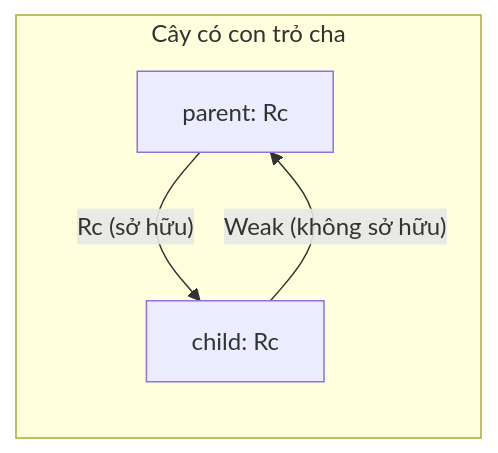
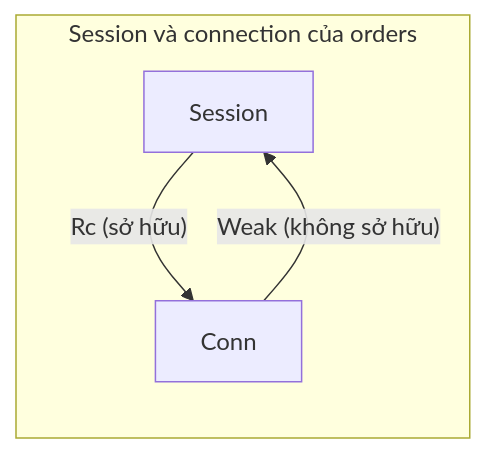
The second of 2 diagrams in docs/03-memory/08-rust-va-bo-nho.md (pirumu/irust), drawn with Mermaid before and after one commit. The commit also changed other lines of this file and 35 other files, not shown here.

````diff
--- a/docs/03-memory/08-rust-va-bo-nho.md
+++ b/docs/03-memory/08-rust-va-bo-nho.md
@@ -234,7 +242,7 @@
 ```mermaid
 flowchart LR
-  subgraph tree["Cây có con trỏ cha"]
-    P["parent: Rc"] -- "Rc (sở hữu)" --> C["child: Rc"]
-    C -- "Weak (không sở hữu)" --> P
+  subgraph pair["Session và connection của orders"]
+    S["Session"] -- "Rc (sở hữu)" --> C["Conn"]
+    C -- "Weak (không sở hữu)" --> S
   end
 ```
````
